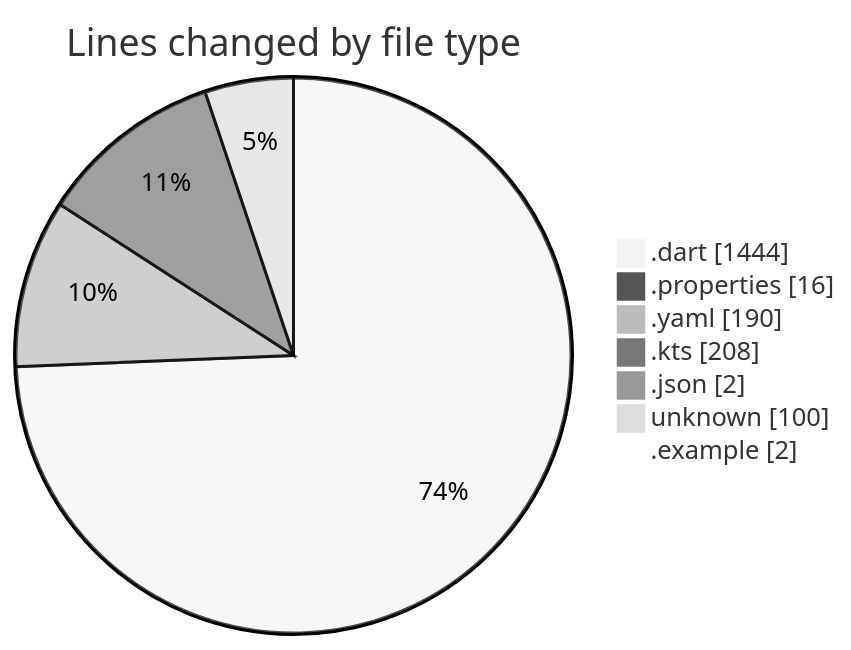
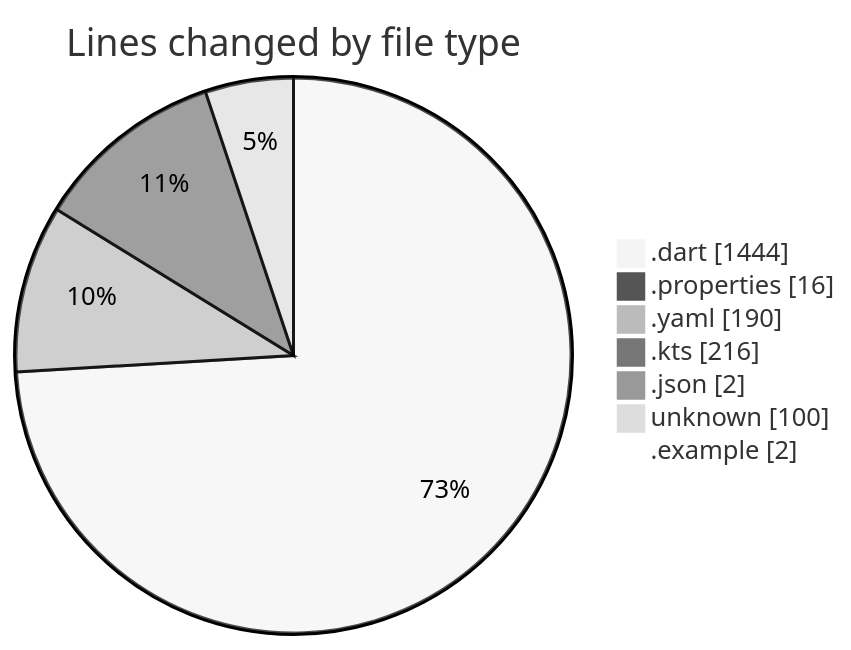
Before and after one commit to donsfak/code-tracking: the first of 2 diagrams in 2025-10-31/weather_insights_app/README.md, drawn with Mermaid (neutral theme). The commit also changed other lines of this file and 1 other file, not shown here.

````diff
--- a/2025-10-31/weather_insights_app/README.md
+++ b/2025-10-31/weather_insights_app/README.md
@@ -31,11 +31,11 @@
 ```mermaid
 pie showData
 title Lines changed by file type
 ".dart" : 1444
 ".properties" : 16
 ".yaml" : 190
-".kts" : 208
+".kts" : 216
 ".json" : 2
 "unknown" : 100
 ".example" : 2
 ```
````
